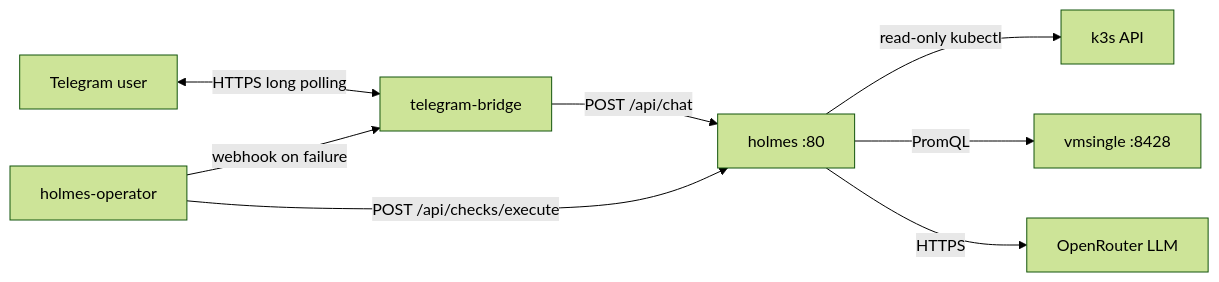
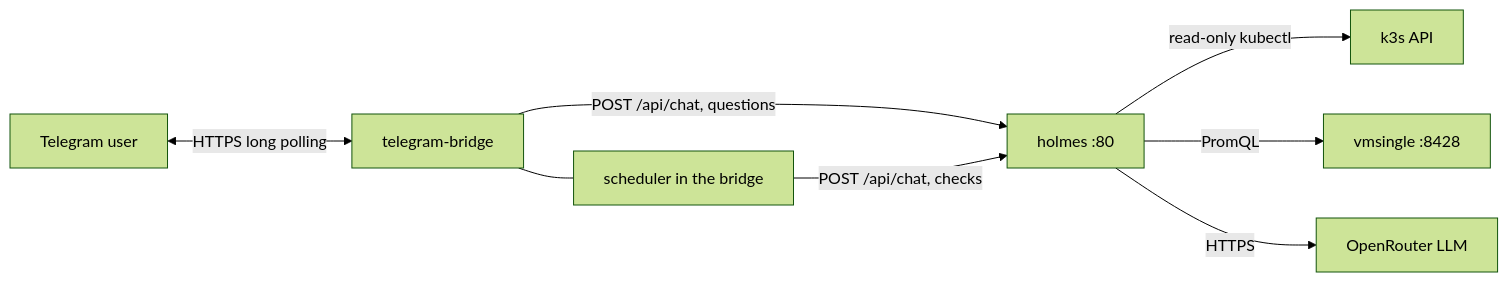
The diagram in content/posts/holmesgpt-on-k3s-an-ai-sre-that-reads-the-cluster-and-texts-me-on-telegram.md (lorenzogirardi/website), drawn with Mermaid (forest theme) before and after one commit. The commit also changed other lines of this file, not shown here.

First line of the commit message:
post(holmes): rewrite health checks around the bridge scheduler (draft)

```diff
--- a/content/posts/holmesgpt-on-k3s-an-ai-sre-that-reads-the-cluster-and-texts-me-on-telegram.md
+++ b/content/posts/holmesgpt-on-k3s-an-ai-sre-that-reads-the-cluster-and-texts-me-on-telegram.md
@@ -65,10 +65,10 @@
 {{< mermaid >}}
 flowchart LR
     U[Telegram user] <-->|HTTPS long polling| B[telegram-bridge]
-    B -->|POST /api/chat| H[holmes :80]
-    O[holmes-operator] -->|POST /api/checks/execute| H
-    O -->|webhook on failure| B
+    B -->|POST /api/chat, questions| H[holmes :80]
+    S[scheduler in the bridge] -->|POST /api/chat, checks| H
+    B --- S
     H -->|read-only kubectl| K[k3s API]
     H -->|PromQL| V[vmsingle :8428]
     H -->|HTTPS| L[OpenRouter LLM]
 {{< /mermaid >}}
```
